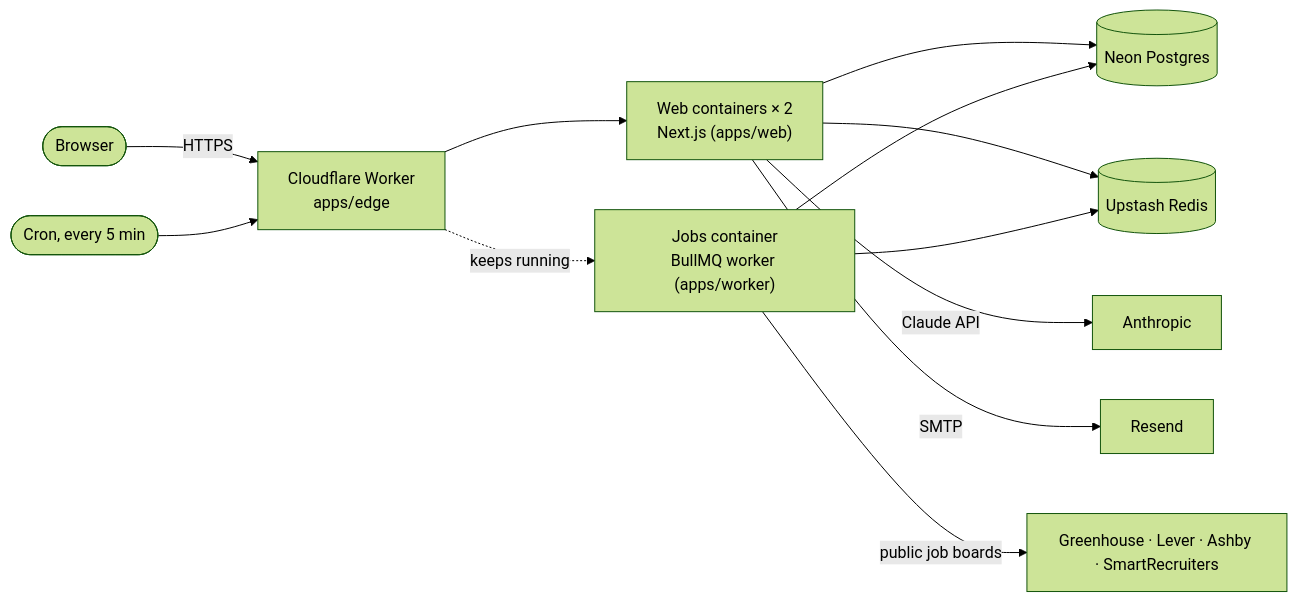
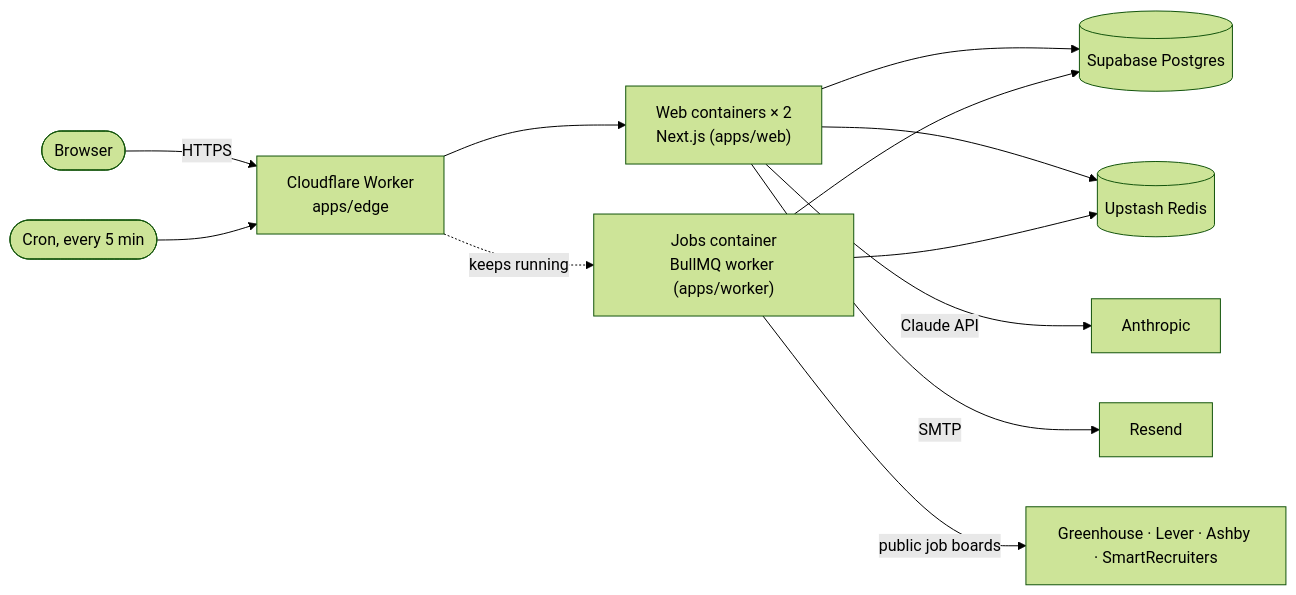
The diagram in docs/DEPLOY_CLOUDFLARE.md (HimaSundharRaju/NextRole), drawn with Mermaid (forest theme) before and after one commit. The commit also changed other lines of this file and 14 other files, not shown here.

````diff
--- a/docs/DEPLOY_CLOUDFLARE.md
+++ b/docs/DEPLOY_CLOUDFLARE.md
@@ -7,14 +7,14 @@
 ```mermaid
 flowchart LR
   visitor([Browser]) -->|HTTPS| worker["Cloudflare Worker<br/>apps/edge"]
   worker --> web["Web containers × 2<br/>Next.js (apps/web)"]
   cron([Cron, every 5 min]) --> worker
   worker -. keeps running .-> jobs["Jobs container<br/>BullMQ worker (apps/worker)"]
-  web --> pg[(Neon Postgres)]
+  web --> pg[(Supabase Postgres)]
   web --> redis[(Upstash Redis)]
   jobs --> pg
   jobs --> redis
   web -->|Claude API| claude[Anthropic]
   web -->|SMTP| mail[Resend]
   jobs -->|public job boards| boards[Greenhouse · Lever · Ashby · SmartRecruiters]
 ```
````
